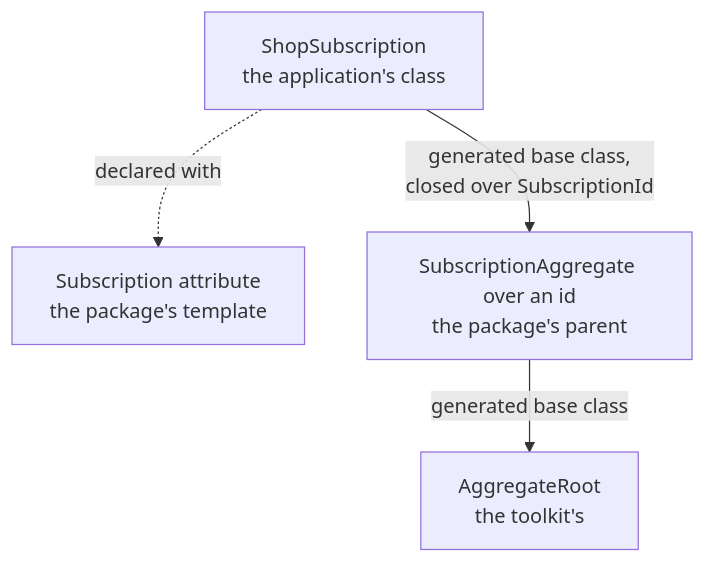
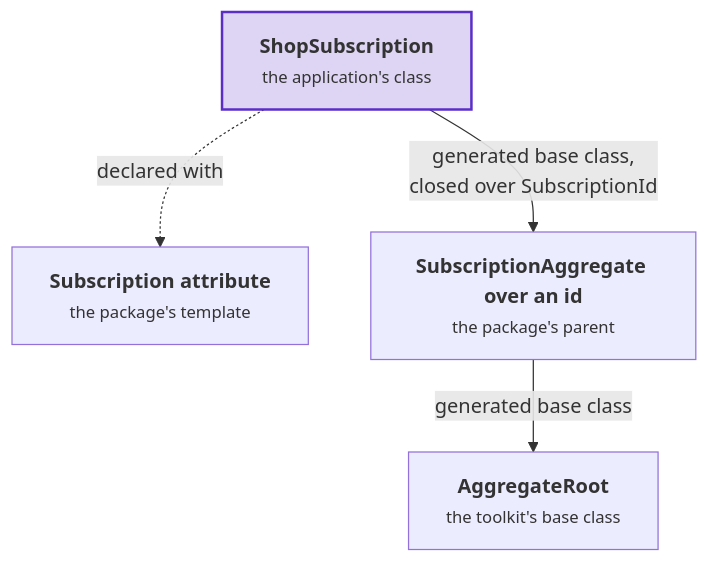
One commit to DylanSnel/DDDToolkit changed the first of 6 diagrams in docs/writing-a-supporting-domain.md. Above: the diagram before and after it, drawn with Mermaid. The commit also changed other lines of this file and 41 other files, not shown here.

First line of the commit message:
Docs: plain prose, one word per concept, and readable diagrams on every page

````diff
--- a/docs/writing-a-supporting-domain.md
+++ b/docs/writing-a-supporting-domain.md
@@ -84,10 +85,12 @@
 ```mermaid
 flowchart TB
-    Shop["ShopSubscription<br/>the application's class"]
-    Template["Subscription attribute<br/>the package's template"]
-    Parent["SubscriptionAggregate over an id<br/>the package's parent"]
-    Base["AggregateRoot<br/>the toolkit's"]
-    Shop -. "declared with" .-> Template
-    Shop -- "generated base class,<br/>closed over SubscriptionId" --> Parent
-    Parent -- "generated base class" --> Base
+    shop["<b>ShopSubscription</b><br/><small>the application's class</small>"]
+    template["<b>Subscription attribute</b><br/><small>the package's template</small>"]
+    parent["<b>SubscriptionAggregate over an id</b><br/><small>the package's parent</small>"]
+    root["<b>AggregateRoot</b><br/><small>the toolkit's base class</small>"]
+    shop -. "declared with" .-> template
+    shop -- "generated base class,<br/>closed over SubscriptionId" --> parent
+    parent -- "generated base class" --> root
+    classDef strong fill:#5b2ec933,stroke:#5b2ec9,stroke-width:2px
+    class shop strong
 ```
````
